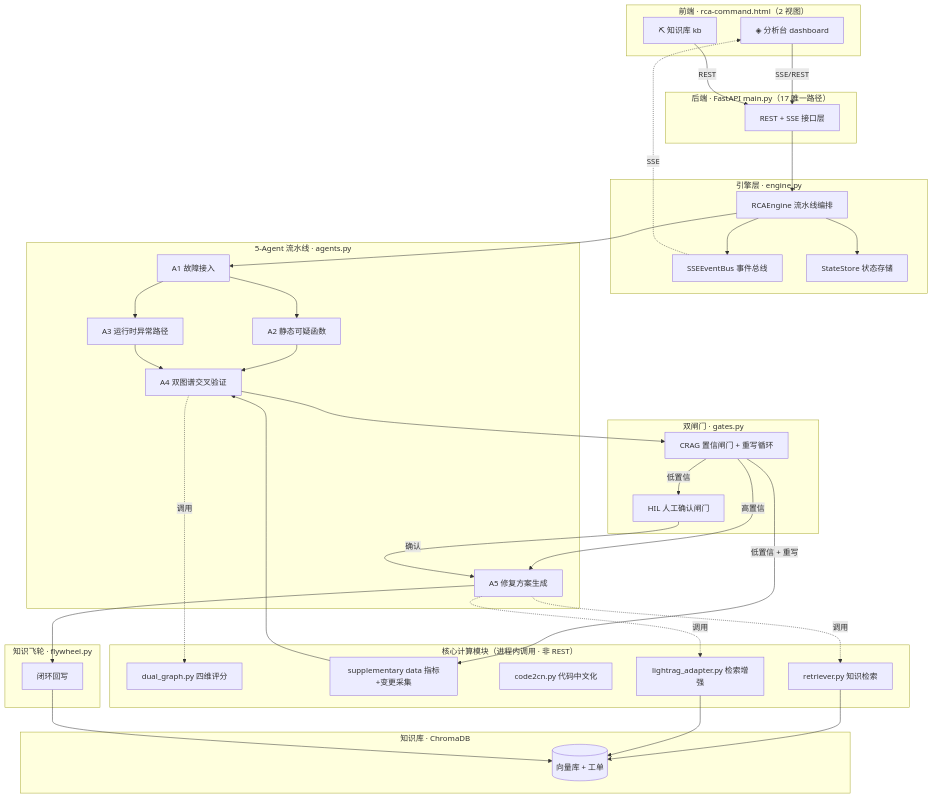
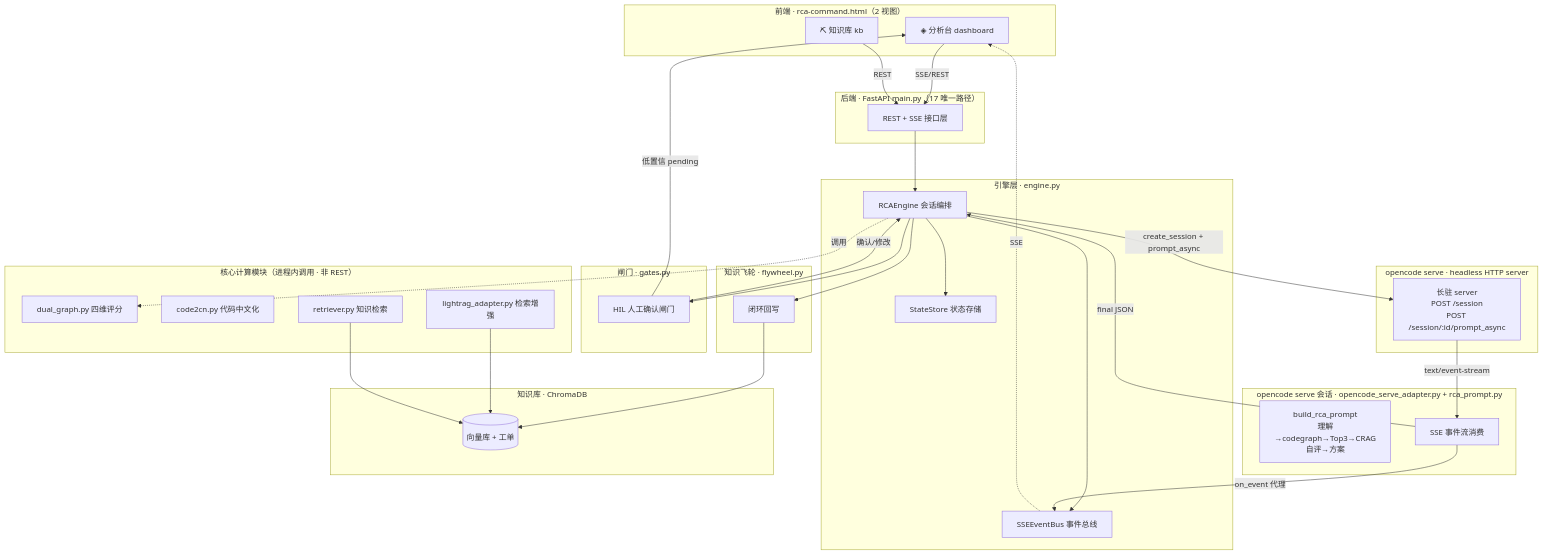
One commit to bigDataZWH/AutoBugFix changed the first of 6 diagrams in ARCHITECTURE.md. Above: the diagram before and after it, drawn with Mermaid. The commit also changed other lines of this file and 1 other file, not shown here.

````diff
--- a/ARCHITECTURE.md
+++ b/ARCHITECTURE.md
@@ -23,71 +23,64 @@
 ```mermaid
 flowchart TB
     subgraph FE["前端 · rca-command.html（2 视图）"]
         UI1["◈ 分析台 dashboard"]
         UI2["⛏ 知识库 kb"]
     end
 
     subgraph BE["后端 · FastAPI main.py（17 唯一路径）"]
         API["REST + SSE 接口层"]
     end
 
     subgraph ENG["引擎层 · engine.py"]
         BUS["SSEEventBus 事件总线"]
         STORE["StateStore 状态存储"]
-        RUN["RCAEngine 流水线编排"]
+        RUN["RCAEngine 会话编排"]
     end
 
-    subgraph PIPE["5-Agent 流水线 · agents.py"]
-        A1["A1 故障接入"]
-        A2["A2 静态可疑函数"]
-        A3["A3 运行时异常路径"]
-        A4["A4 双图谱交叉验证"]
-        A5["A5 修复方案生成"]
+    subgraph SESSION["opencode serve 会话 · opencode_serve_adapter.py + rca_prompt.py"]
+        PROMPT["build_rca_prompt<br/>理解→codegraph→Top3→CRAG自评→方案"]
+        SSE["SSE 事件流消费"]
     end
 
-    subgraph GATE["双闸门 · gates.py"]
-        CRAG["CRAG 置信闸门 + 重写循环"]
+    subgraph GATE["闸门 · gates.py"]
         HIL["HIL 人工确认闸门"]
     end
 
     subgraph CORE["核心计算模块（进程内调用 · 非 REST）"]
         DG["dual_graph.py 四维评分"]
-        SUPP["supplementary data 指标+变更采集"]
         C2CN["code2cn.py 代码中文化"]
         LR["lightrag_adapter.py 检索增强"]
         RET["retriever.py 知识检索"]
+    end
+
+    subgraph OC["opencode serve · headless HTTP server"]
+        OCS["长驻 server<br/>POST /session<br/>POST /session/:id/prompt_async"]
     end
 
     subgraph KB["知识库 · ChromaDB"]
         DB[("向量库 + 工单")]
     end
 
     subgraph FW["知识飞轮 · flywheel.py"]
         WB["闭环回写"]
     end
 
     UI1 -->|SSE/REST| API
     UI2 -->|REST| API
     API --> RUN
     RUN --> BUS
     RUN --> STORE
-    RUN --> A1
-    A1 --> A2
-    A1 --> A3
-    A2 --> A4
-    A3 --> A4
-    A4 --> CRAG
-    CRAG -->|低置信 + 重写| SUPP
-    SUPP --> A4
-    CRAG -->|低置信| HIL
-    CRAG -->|高置信| A5
-    HIL -->|确认| A5
-    A4 -.调用.-> DG
-    A5 -.调用.-> RET
-    A5 -.调用.-> LR
+    RUN -->|create_session + prompt_async| OCS
+    OCS -->|text/event-stream| SSE
+    SSE -->|on_event 代理| BUS
+    SSE -->|final JSON| RUN
+    RUN --> HIL
+    HIL -->|低置信 pending| UI1
+    HIL -->|确认/修改| RUN
+    RUN -.调用.-> DG
+    RUN --> WB
+    WB --> DB
+    LR --> DB
     RET --> DB
-    LR --> DB
-    A5 --> WB
-    WB --> DB
     BUS -.SSE.-> UI1
 ```
````
